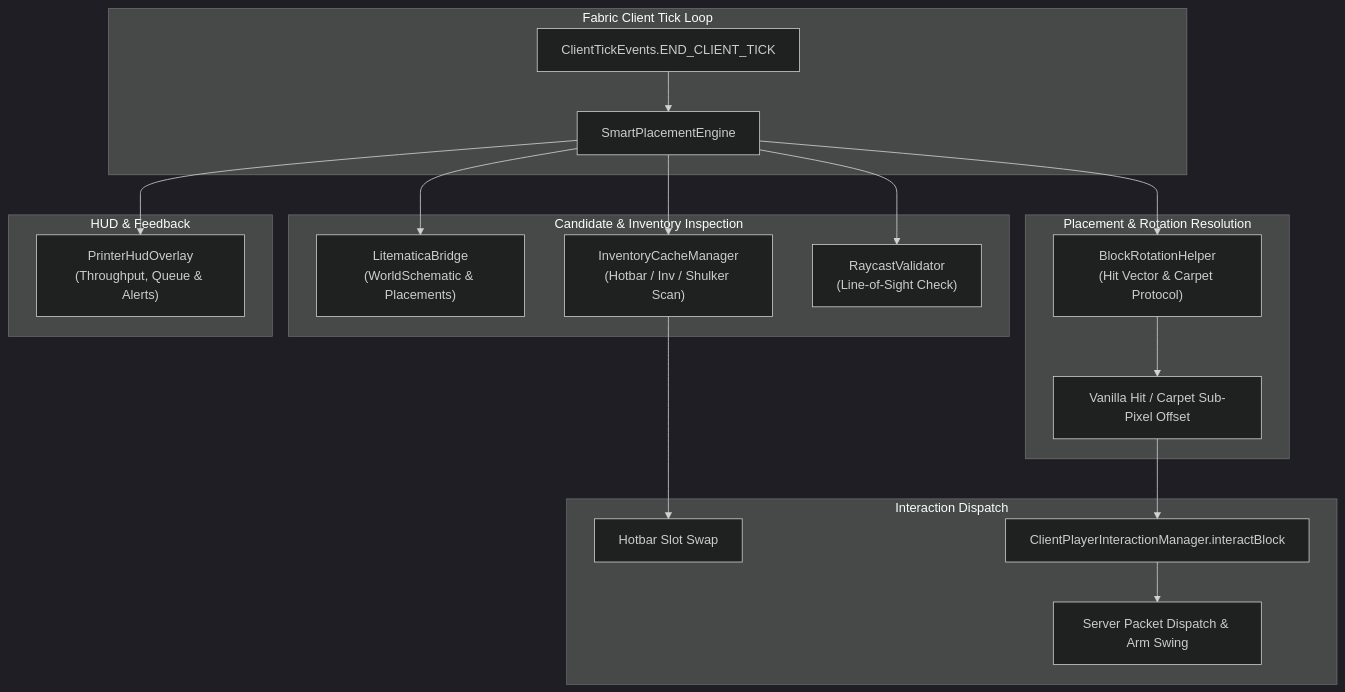
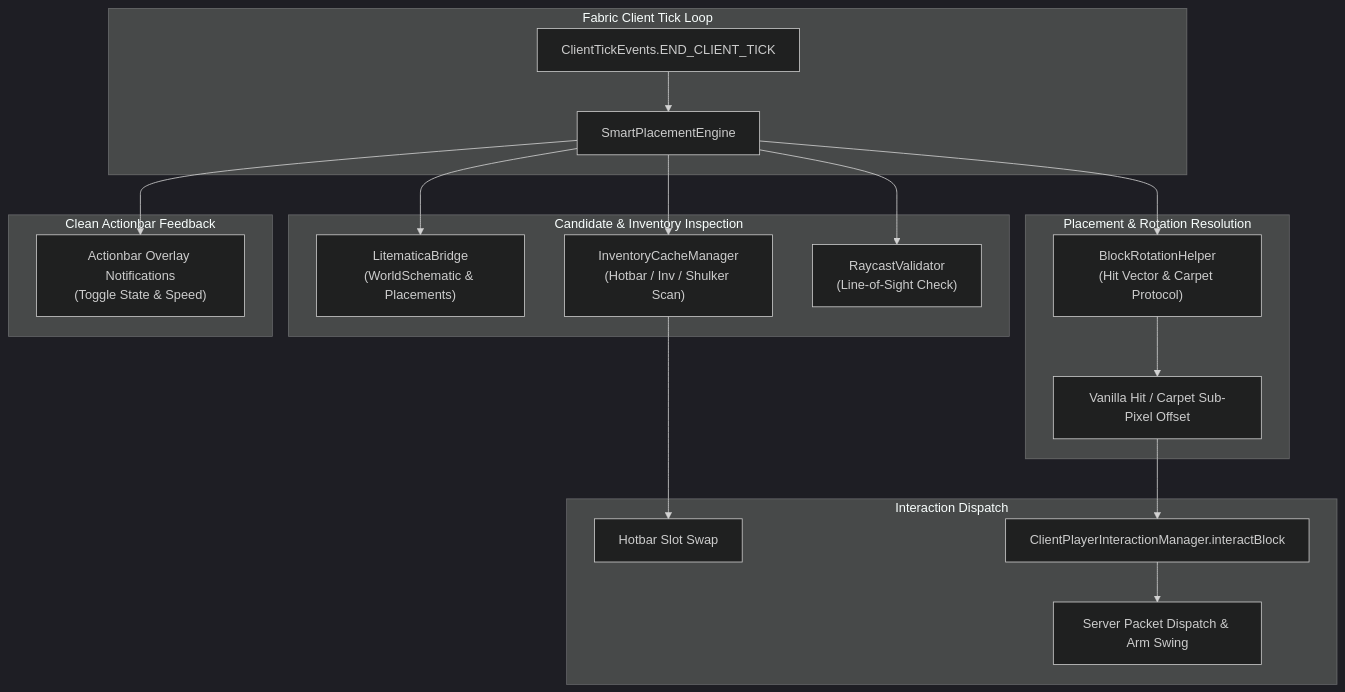
Before and after one commit to slopggobblercobbler81/litematica-printer-pro: the diagram in README.md, drawn with Mermaid (dark theme). The commit also changed other lines of this file and 7 other files, not shown here.

Commit message:
fix(ui): remove screen-cluttering top-left HUD overlay indicator and polish README

````diff
--- a/README.md
+++ b/README.md
@@ -39,27 +56,27 @@
 ```mermaid
 flowchart TD
     subgraph ClientTick ["Fabric Client Tick Loop"]
         A["ClientTickEvents.END_CLIENT_TICK"] --> B["SmartPlacementEngine"]
     end
 
     subgraph Inspection ["Candidate & Inventory Inspection"]
         B --> C["LitematicaBridge\n(WorldSchematic & Placements)"]
         B --> D["InventoryCacheManager\n(Hotbar / Inv / Shulker Scan)"]
         B --> E["RaycastValidator\n(Line-of-Sight Check)"]
     end
 
     subgraph Resolution ["Placement & Rotation Resolution"]
         B --> F["BlockRotationHelper\n(Hit Vector & Carpet Protocol)"]
         F --> G["Vanilla Hit / Carpet Sub-Pixel Offset"]
     end
 
     subgraph Execution ["Interaction Dispatch"]
         D --> H["Hotbar Slot Swap"]
         G --> I["ClientPlayerInteractionManager.interactBlock"]
         I --> J["Server Packet Dispatch & Arm Swing"]
     end
 
-    subgraph Visuals ["HUD & Feedback"]
-        B --> K["PrinterHudOverlay\n(Throughput, Queue & Alerts)"]
+    subgraph Feedback ["Clean Actionbar Feedback"]
+        B --> K["Actionbar Overlay Notifications\n(Toggle State & Speed)"]
     end
 ```
````
